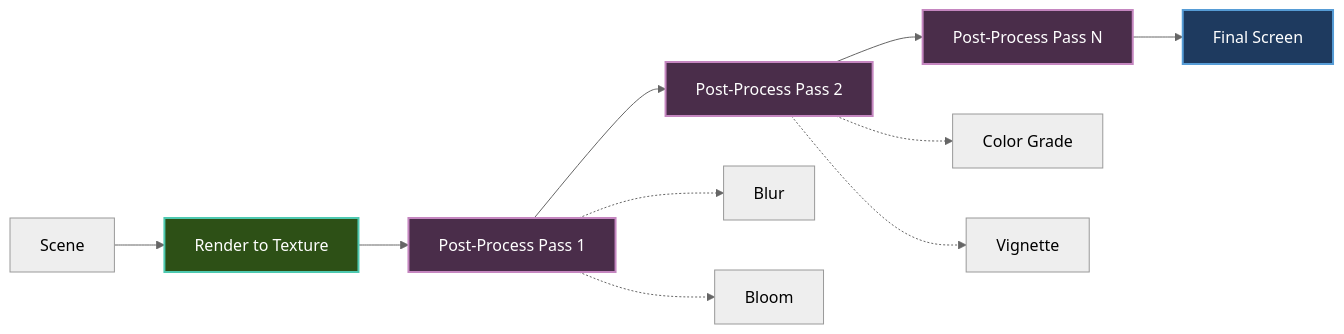
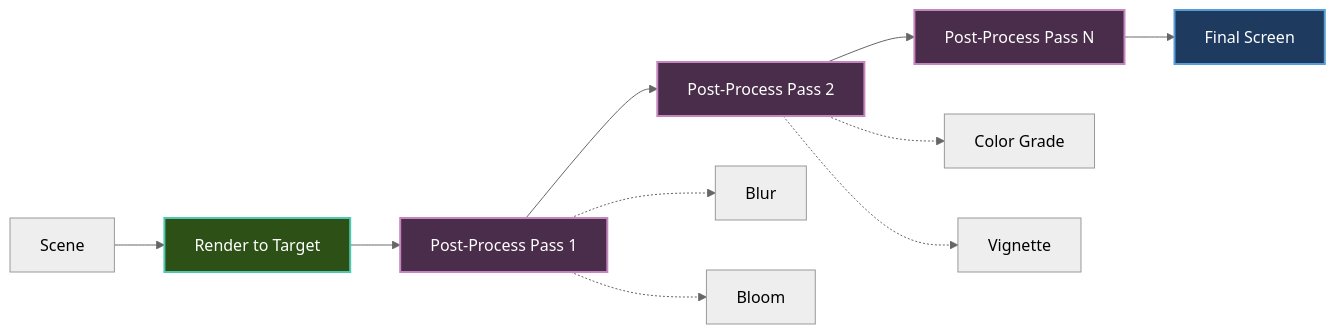
One commit to CrazyPickleStudios/Brine2D-Documentation changed the diagram in docs/rendering/post-processing.md. Above: the diagram before and after it, drawn with Mermaid (neutral theme). The commit also changed other lines of this file and 35 other files, not shown here.

````diff
--- a/docs/rendering/post-processing.md
+++ b/docs/rendering/post-processing.md
@@ -28,19 +26,19 @@
 ```mermaid
 graph LR
-    A[Scene] --> B[Render to Texture]
+    A[Scene] --> B[Render to Target]
     B --> C[Post-Process Pass 1]
     C --> D[Post-Process Pass 2]
     D --> E[Post-Process Pass N]
     E --> F[Final Screen]
     
     C -.-> C1[Blur]
     C -.-> C2[Bloom]
     D -.-> D1[Color Grade]
     D -.-> D2[Vignette]
     
     style B fill:#2d5016,stroke:#4ec9b0,stroke-width:2px,color:#fff
     style C fill:#4a2d4a,stroke:#c586c0,stroke-width:2px,color:#fff
     style D fill:#4a2d4a,stroke:#c586c0,stroke-width:2px,color:#fff
     style E fill:#4a2d4a,stroke:#c586c0,stroke-width:2px,color:#fff
     style F fill:#1e3a5f,stroke:#569cd6,stroke-width:2px,color:#fff
 ```
````
